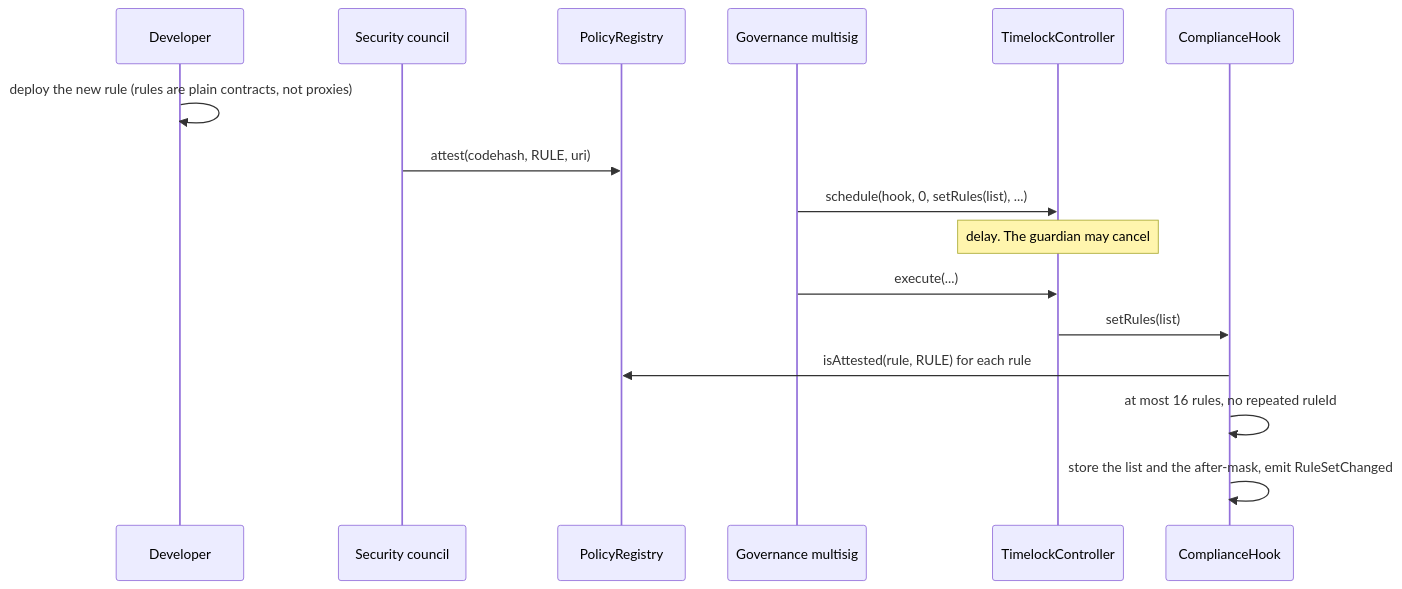
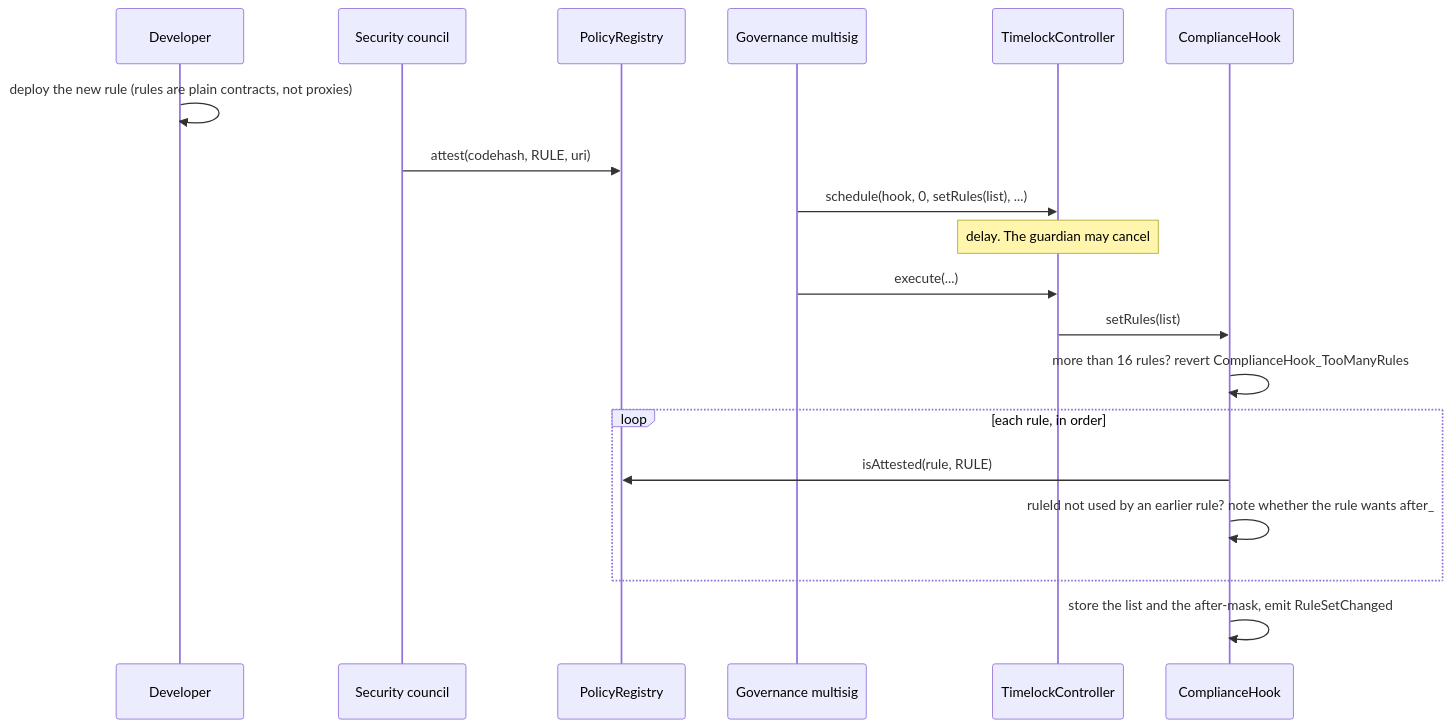
The second of 4 diagrams in docs/governance-and-deployment.md (fepvenancio/rwa-token), drawn with Mermaid before and after one commit. The commit also changed other lines of this file and 7 other files, not shown here.

````diff
--- a/docs/governance-and-deployment.md
+++ b/docs/governance-and-deployment.md
@@ -73,18 +74,21 @@
 ```mermaid
 sequenceDiagram
   participant Dev as Developer
   participant Co as Security council
   participant Reg as PolicyRegistry
   participant Gov as Governance multisig
   participant TL as TimelockController
   participant H as ComplianceHook
   Dev->>Dev: deploy the new rule (rules are plain contracts, not proxies)
   Co->>Reg: attest(codehash, RULE, uri)
   Gov->>TL: schedule(hook, 0, setRules(list), ...)
   Note over TL: delay. The guardian may cancel
   Gov->>TL: execute(...)
   TL->>H: setRules(list)
-  H->>Reg: isAttested(rule, RULE) for each rule
-  H->>H: at most 16 rules, no repeated ruleId
+  H->>H: more than 16 rules? revert ComplianceHook_TooManyRules
+  loop each rule, in order
+    H->>Reg: isAttested(rule, RULE)
+    H->>H: ruleId not used by an earlier rule? note whether the rule wants after_
+  end
   H->>H: store the list and the after-mask, emit RuleSetChanged
 ```
````
